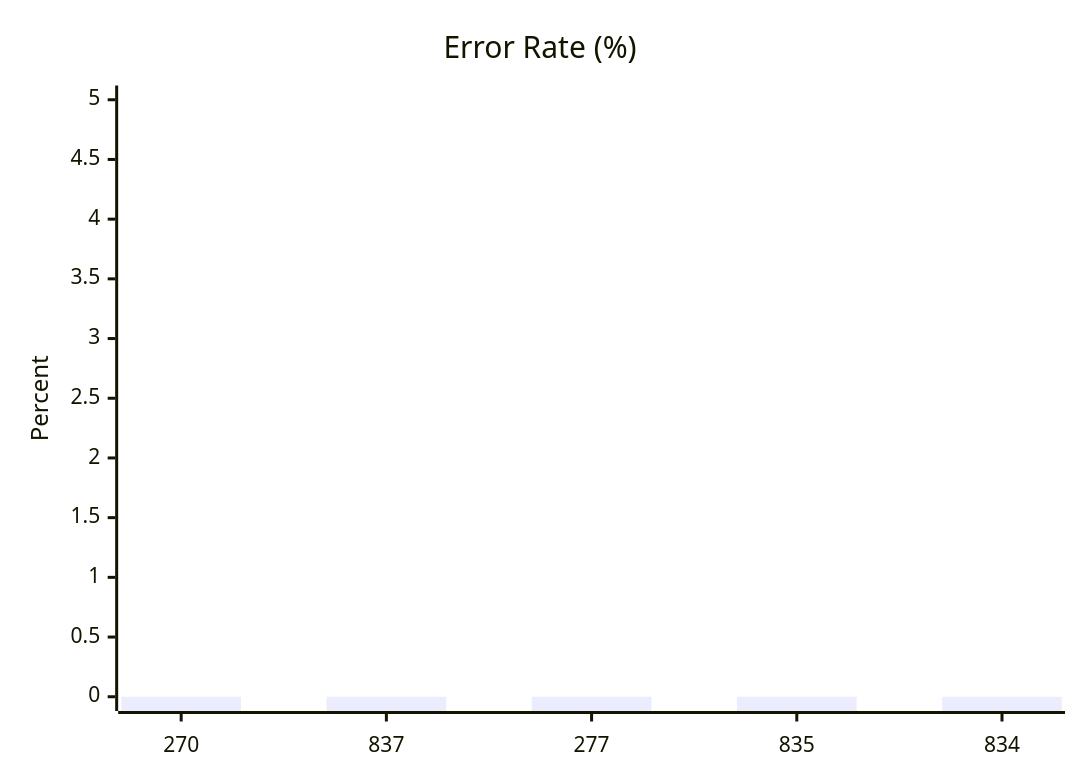
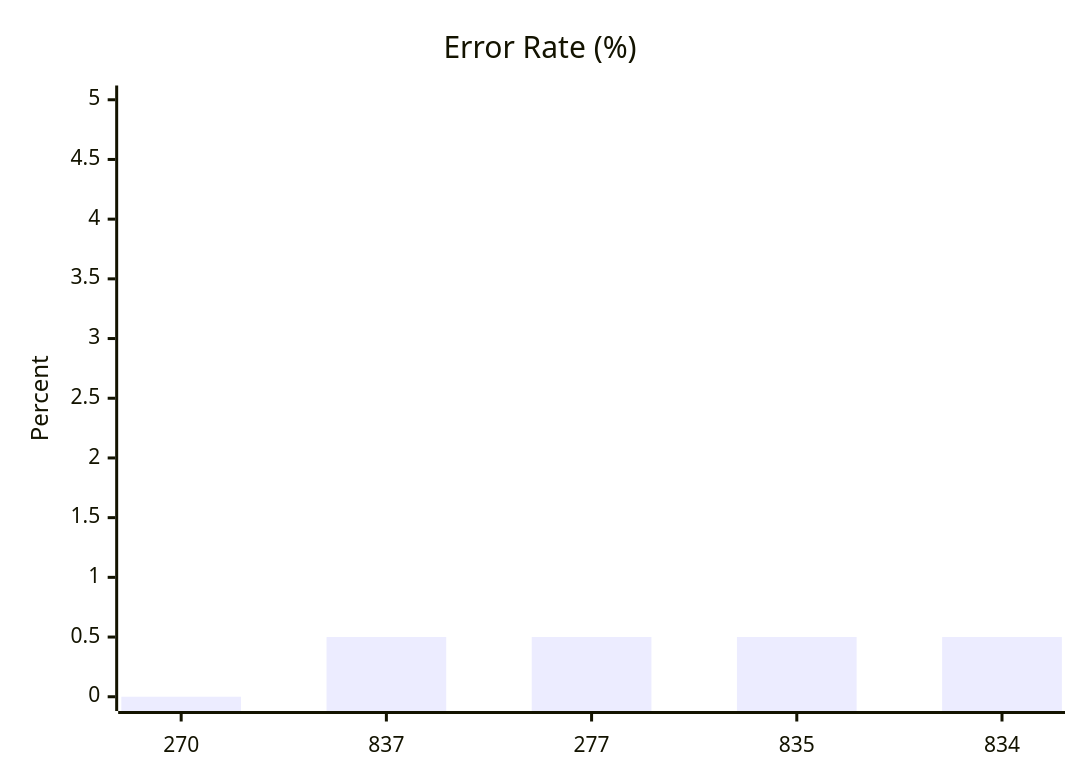
The fourth of 10 diagrams in test-tools/DataGen/src/Statistics_Visualizer.md (dhagan-va/intern-2025), drawn with Mermaid before and after one commit. The commit also changed other lines of this file and 5 other files, not shown here.

````diff
--- a/test-tools/DataGen/src/Statistics_Visualizer.md
+++ b/test-tools/DataGen/src/Statistics_Visualizer.md
@@ -50,7 +50,7 @@
 ```mermaid
 xychart-beta
     title "Error Rate (%)"
     x-axis ["270", "837", "277", "835", "834"]
     y-axis "Percent" 0 --> 5
-    bar [0, 0, 0, 0, 0]
+    bar [0, 0.5, 0.5, 0.5, 0.5]
 ```
````
